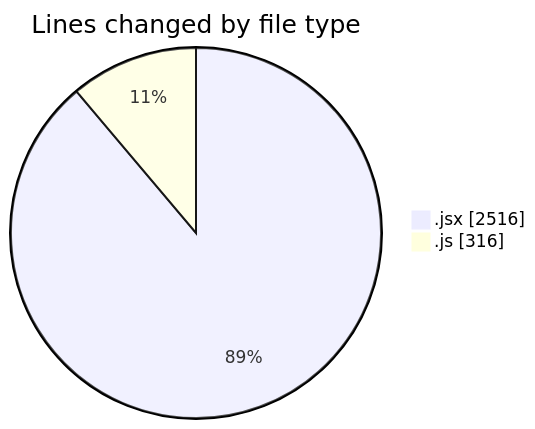
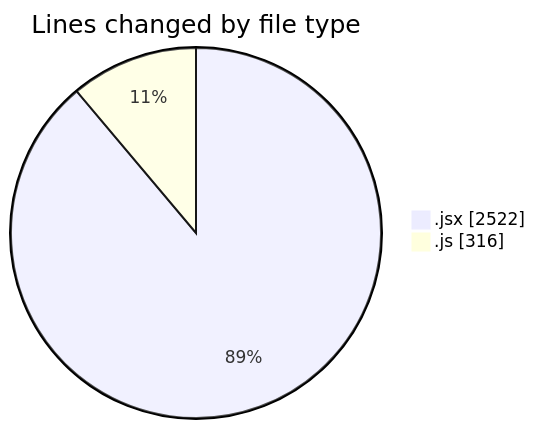
Before and after one commit to nxtqubesakshisongat/code-tracking: the first of 2 diagrams in 2025-07-13/argos/README.md, drawn with Mermaid. The commit also changed other lines of this file and 1 other file, not shown here.

````diff
--- a/2025-07-13/argos/README.md
+++ b/2025-07-13/argos/README.md
@@ -21,6 +21,6 @@
 ```mermaid
 pie showData
 title Lines changed by file type
-".jsx" : 2516
+".jsx" : 2522
 ".js" : 316
 ```
````
